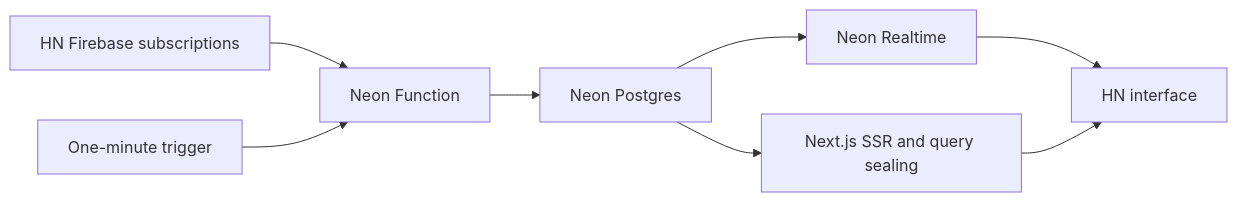
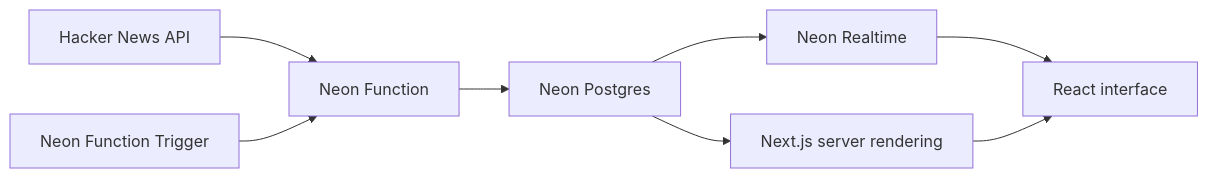
Before and after one commit to samwillis/hackernews-realtime: the diagram in README.md, drawn with Mermaid. The commit also changed other lines of this file, not shown here.

Commit message:
Present Neon Realtime demo, architecture and local setup

````diff
--- a/README.md
+++ b/README.md
@@ -76,10 +36,10 @@
 ```mermaid
 flowchart LR
-  HN[HN Firebase subscriptions] --> Function[Neon Function]
-  Schedule[One-minute trigger] --> Function
-  Function --> PG[Neon Postgres]
-  PG --> RT[Neon Realtime]
-  RT --> Browser[HN interface]
-  PG --> Next[Next.js SSR and query sealing]
+  HN[Hacker News API] --> Ingest[Neon Function]
+  Schedule[Neon Function Trigger] --> Ingest
+  Ingest --> DB[Neon Postgres]
+  DB --> RT[Neon Realtime]
+  RT --> Browser[React interface]
+  DB --> Next[Next.js server rendering]
   Next --> Browser
 ```
````
